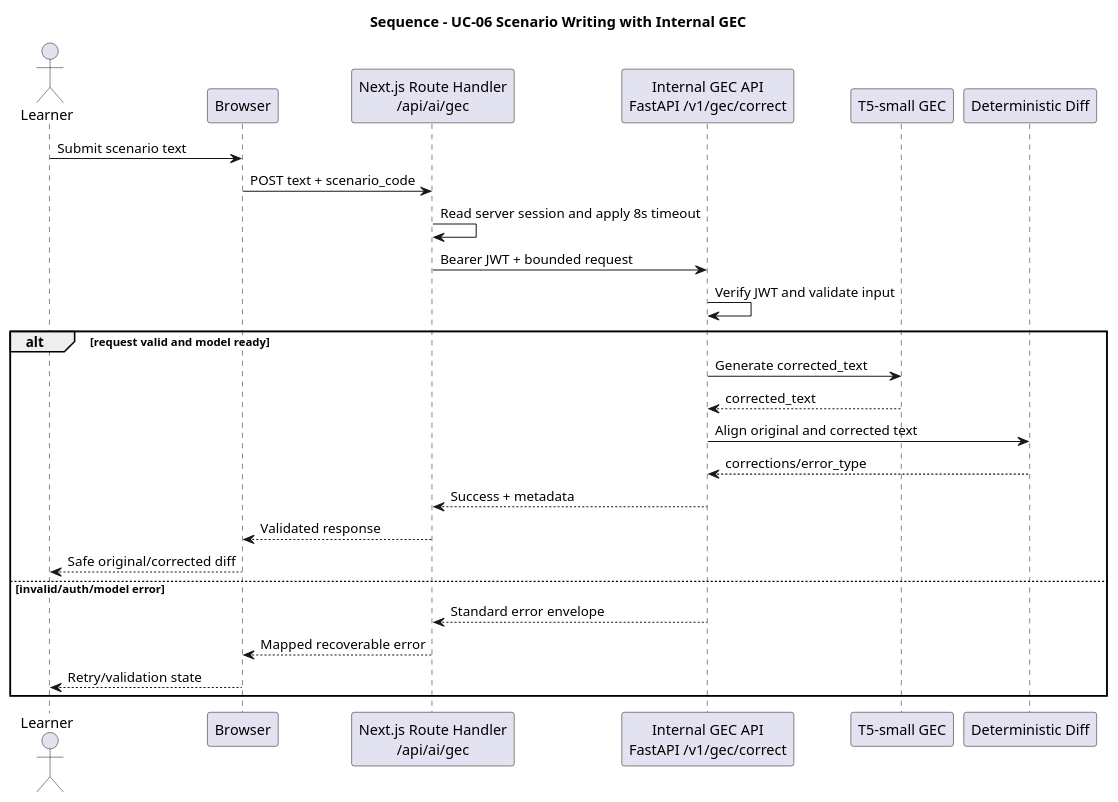
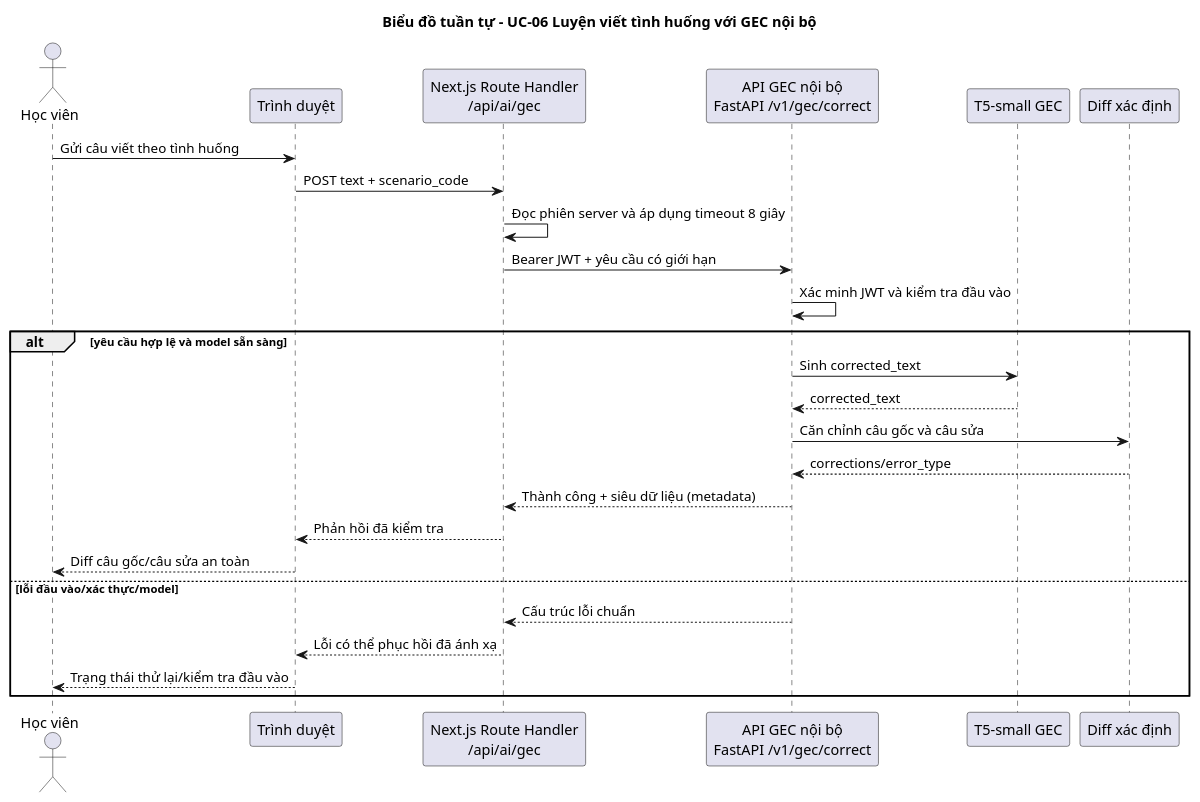
Before and after one commit to PhamNguyenThanhTung/lingora-workspace: the diagram in docs/plantuml/sequence-gec.puml, drawn with PlantUML. The commit also changed 25 other files, not shown here.

Commit message:
docs: vietnamize PlantUML diagrams

```diff
--- a/docs/plantuml/sequence-gec.puml
+++ b/docs/plantuml/sequence-gec.puml
@@ -1,29 +1,29 @@
 @startuml
-title Sequence - UC-06 Scenario Writing with Internal GEC
+title Biểu đồ tuần tự - UC-06 Luyện viết tình huống với GEC nội bộ
 skinparam shadowing false
-actor Learner
-participant Browser
+actor "Học viên" as Learner
+participant "Trình duyệt" as Browser
 participant "Next.js Route Handler\n/api/ai/gec" as BFF
-participant "Internal GEC API\nFastAPI /v1/gec/correct" as API
+participant "API GEC nội bộ\nFastAPI /v1/gec/correct" as API
 participant "T5-small GEC" as Model
-participant "Deterministic Diff" as Diff
+participant "Diff xác định" as Diff
 
-Learner -> Browser: Submit scenario text
+Learner -> Browser: Gửi câu viết theo tình huống
 Browser -> BFF: POST text + scenario_code
-BFF -> BFF: Read server session and apply 8s timeout
-BFF -> API: Bearer JWT + bounded request
-API -> API: Verify JWT and validate input
-alt request valid and model ready
-  API -> Model: Generate corrected_text
+BFF -> BFF: Đọc phiên server và áp dụng timeout 8 giây
+BFF -> API: Bearer JWT + yêu cầu có giới hạn
+API -> API: Xác minh JWT và kiểm tra đầu vào
+alt yêu cầu hợp lệ và model sẵn sàng
+  API -> Model: Sinh corrected_text
   Model --> API: corrected_text
-  API -> Diff: Align original and corrected text
+  API -> Diff: Căn chỉnh câu gốc và câu sửa
   Diff --> API: corrections/error_type
-  API --> BFF: Success + metadata
-  BFF --> Browser: Validated response
-  Browser --> Learner: Safe original/corrected diff
-else invalid/auth/model error
-  API --> BFF: Standard error envelope
-  BFF --> Browser: Mapped recoverable error
-  Browser --> Learner: Retry/validation state
+  API --> BFF: Thành công + siêu dữ liệu (metadata)
+  BFF --> Browser: Phản hồi đã kiểm tra
+  Browser --> Learner: Diff câu gốc/câu sửa an toàn
+else lỗi đầu vào/xác thực/model
+  API --> BFF: Cấu trúc lỗi chuẩn
+  BFF --> Browser: Lỗi có thể phục hồi đã ánh xạ
+  Browser --> Learner: Trạng thái thử lại/kiểm tra đầu vào
 end
 @enduml
```
